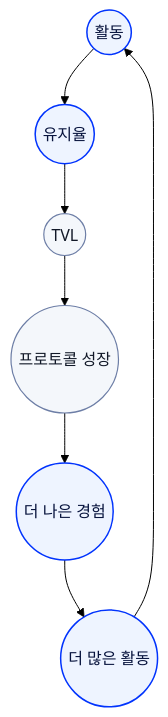
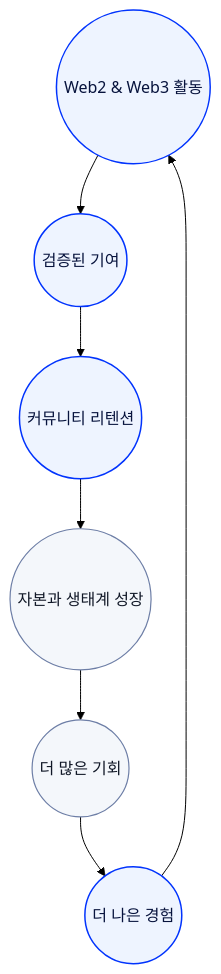
One commit to RocX-docs/docs changed the diagram in kr/whitepaper/new-value-flywheel.mdx. Above: the diagram before and after it, drawn with Mermaid (forest theme). The commit also changed other lines of this file and 20 other files, not shown here.

````diff
--- a/kr/whitepaper/new-value-flywheel.mdx
+++ b/kr/whitepaper/new-value-flywheel.mdx
@@ -20,15 +22,15 @@
 ```mermaid
 flowchart TB
-  A((활동)) --> B((유지율))
-  B --> C((TVL))
-  C --> D((프로토콜 성장))
-  D --> E((더 나은 경험))
-  E --> F((더 많은 활동))
+  A((Web2 & Web3 활동)) --> B((검증된 기여))
+  B --> C((커뮤니티 리텐션))
+  C --> D((자본과 생태계 성장))
+  D --> E((더 많은 기회))
+  E --> F((더 나은 경험))
   F --> A
 
   classDef flywheel fill:#eef4ff,stroke:#0133FD,stroke-width:1.5px,color:#07133d;
   classDef growth fill:#f4f7fb,stroke:#6d7ea6,stroke-width:1.2px,color:#111827;
 
-  class A,B,E,F flywheel;
-  class C,D growth;
+  class A,B,C,F flywheel;
+  class D,E growth;
 ```
````
